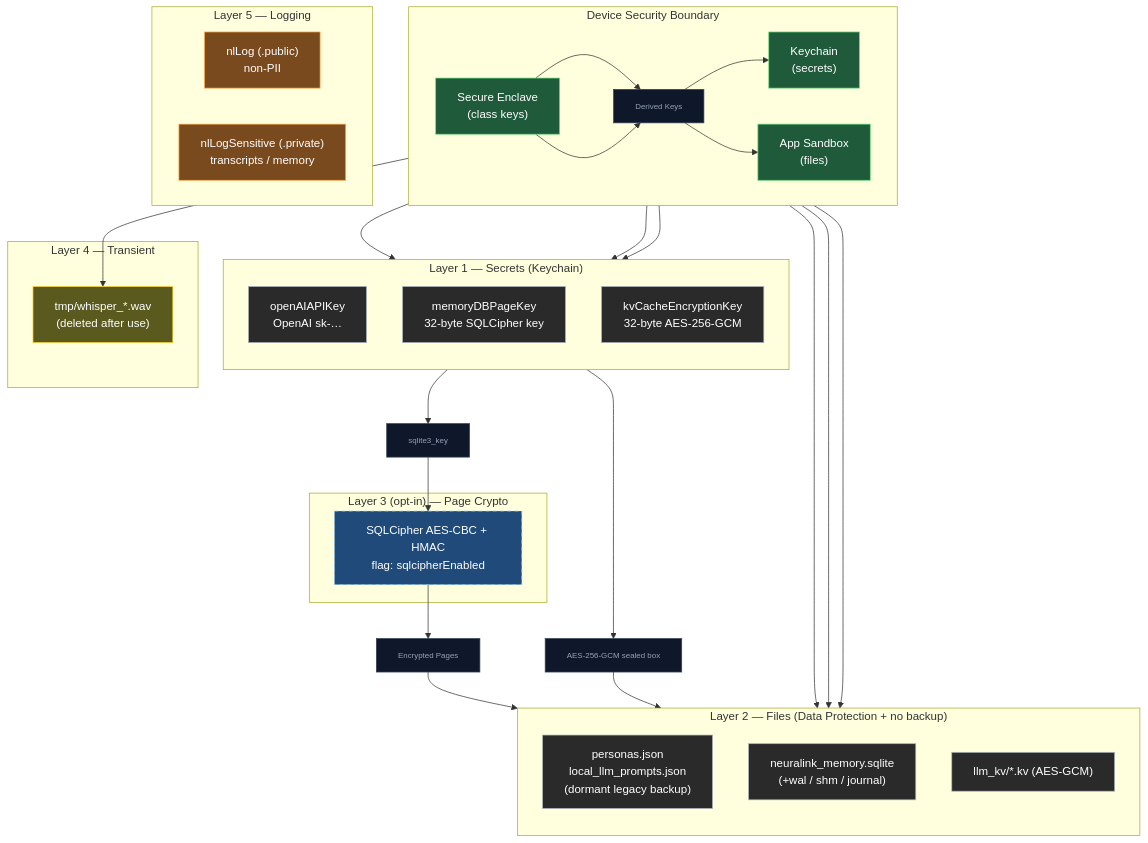
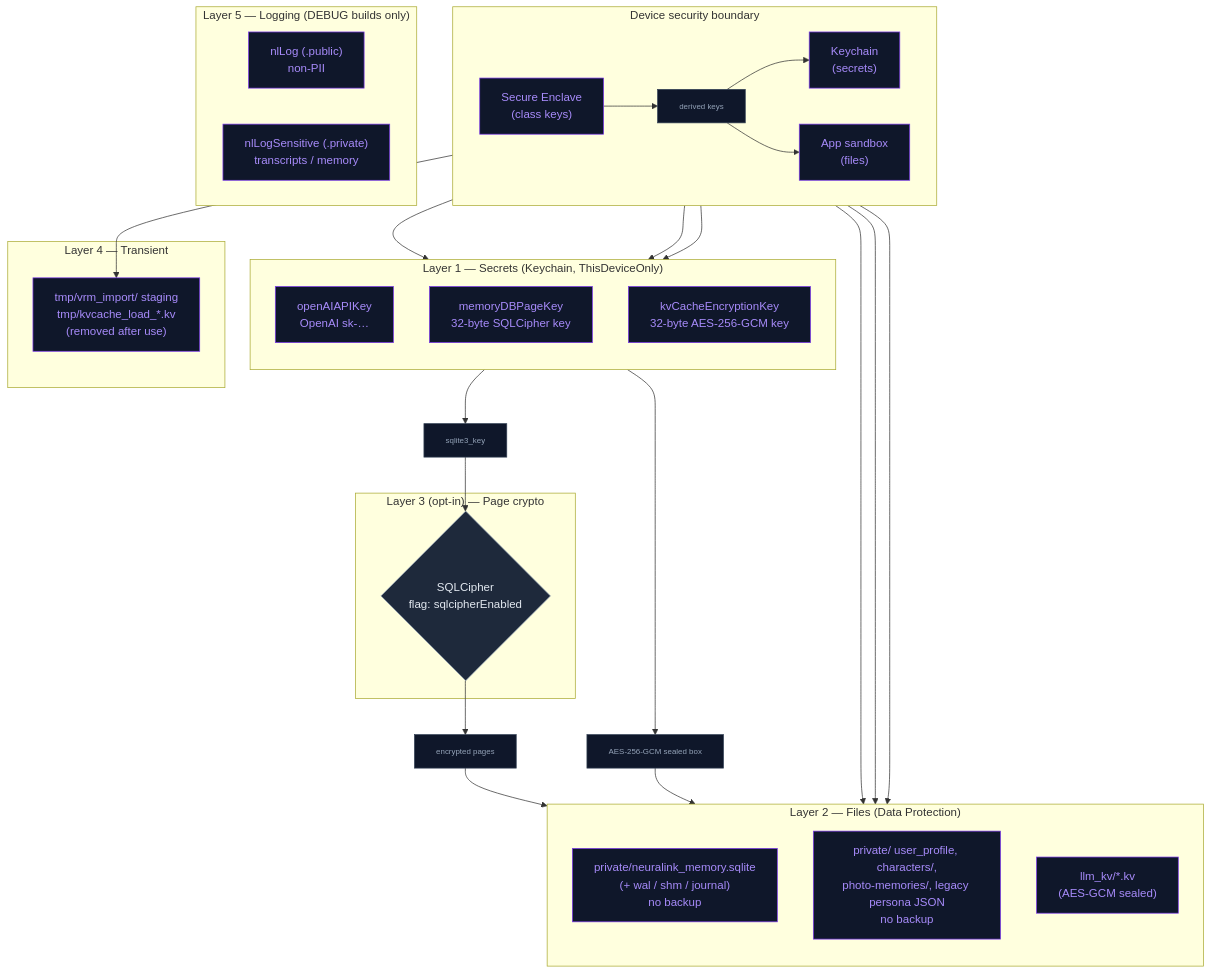
Before and after one commit to kevinliddel/NeuraLink: the diagram in docs/Security/APP_SECURITY.md, drawn with Mermaid. The commit also changed other lines of this file and 21 other files, not shown here.

````diff
--- a/docs/Security/APP_SECURITY.md
+++ b/docs/Security/APP_SECURITY.md
@@ -27,77 +28,65 @@
 ```mermaid
 flowchart TB
-    %% Boundary
-    subgraph Boundary["Device Security Boundary"]
+    subgraph Boundary["Device security boundary"]
         direction LR
-        SE["Secure Enclave\n(class keys)"]
-        KC["Keychain\n(secrets)"]
-        APP["App Sandbox\n(files)"]
+        SE["Secure Enclave<br/>(class keys)"]
+        KC["Keychain<br/>(secrets)"]
+        APP["App sandbox<br/>(files)"]
 
-        SE --> D1["Derived Keys"] --> KC
-        SE --> D1 --> APP
+        SE --> D1["derived keys"]
+        D1 --> KC
+        D1 --> APP
     end
 
-    %% Layer 1
-    subgraph SecureStore["Layer 1 — Secrets (Keychain)"]
+    subgraph Secrets["Layer 1 — Secrets (Keychain, ThisDeviceOnly)"]
         direction TB
-        K1["openAIAPIKey\nOpenAI sk-…"]
-        K2["memoryDBPageKey\n32-byte SQLCipher key"]
-        K3["kvCacheEncryptionKey\n32-byte AES-256-GCM"]
+        K1["openAIAPIKey<br/>OpenAI sk-…"]
+        K2["memoryDBPageKey<br/>32-byte SQLCipher key"]
+        K3["kvCacheEncryptionKey<br/>32-byte AES-256-GCM key"]
     end
 
-    %% Layer 2
-    subgraph ProtectedStorage["Layer 2 — Files (Data Protection + no backup)"]
+    subgraph Files["Layer 2 — Files (Data Protection)"]
         direction TB
-        F1["personas.json\nlocal_llm_prompts.json\n(dormant legacy backup)"]
-        F2["neuralink_memory.sqlite\n(+wal / shm / journal)"]
-        F3["llm_kv/*.kv (AES-GCM)"]
+        F1["private/neuralink_memory.sqlite<br/>(+ wal / shm / journal)<br/>no backup"]
+        F2["private/ user_profile, characters/,<br/>photo-memories/, legacy persona JSON<br/>no backup"]
+        F3["llm_kv/*.kv<br/>(AES-GCM sealed)"]
     end
 
-    %% Layer 3
-    subgraph Optional["Layer 3 (opt-in) — Page Crypto"]
-        SQLCipher["SQLCipher AES-CBC + HMAC\nflag: sqlcipherEnabled"]
+    subgraph Cipher["Layer 3 (opt-in) — Page crypto"]
+        SQLC{"SQLCipher<br/>flag: sqlcipherEnabled"}
     end
 
-    %% Layer 4
     subgraph Transient["Layer 4 — Transient"]
-        T1["tmp/whisper_*.wav\n(deleted after use)"]
+        T1["tmp/vrm_import/ staging<br/>tmp/kvcache_load_*.kv<br/>(removed after use)"]
     end
 
-    %% Layer 5
-    subgraph Logs["Layer 5 — Logging"]
-        L1["nlLog (.public)\nnon-PII"]
-        L2["nlLogSensitive (.private)\ntranscripts / memory"]
+    subgraph Logs["Layer 5 — Logging (DEBUG builds only)"]
+        L1["nlLog (.public)<br/>non-PII"]
+        L2["nlLogSensitive (.private)<br/>transcripts / memory"]
     end
 
-    %% Flows
     KC --> K1
     KC --> K2
     KC --> K3
 
     APP --> F1
     APP --> F2
     APP --> F3
     APP --> T1
 
-    K2 --> D2["sqlite3_key"] --> SQLCipher
-    SQLCipher --> D3["Encrypted Pages"] --> F2
+    K2 --> D2["sqlite3_key"] --> SQLC
+    SQLC --> D3["encrypted pages"] --> F1
 
     K3 --> D4["AES-256-GCM sealed box"] --> F3
 
     %% Styles
-    classDef secure fill:#1f5a3a,stroke:#69db7c,color:#ffffff
-    classDef store fill:#2a2a2a,stroke:#adb5bd,color:#ffffff
-    classDef optional fill:#1f4a7a,stroke:#74c0fc,color:#ffffff,stroke-dasharray:5 5
-    classDef transient fill:#5a5a1f,stroke:#ffd43b,color:#ffffff
-    classDef logs fill:#7a4a1f,stroke:#ffa94d,color:#ffffff
+    classDef core fill:#0f172a,stroke:#7c3aed,color:#a78bfa
+    classDef decision fill:#1e293b,stroke:#94a3b8,color:#e2e8f0
 
-    class SE,KC,APP secure
-    class K1,K2,K3,F1,F2,F3 store
-    class SQLCipher optional
-    class T1 transient
-    class L1,L2 logs
+    class SE,KC,APP,K1,K2,K3,F1,F2,F3,T1,L1,L2 core
+    class SQLC decision
 
-    %% Data flow styling (consistent across your diagrams)
+    %% Data nodes (consistent system-wide)
     classDef data fill:#0f172a,stroke:#334155,color:#94a3b8,font-size:11px
     class D1,D2,D3,D4 data
 ```
````
